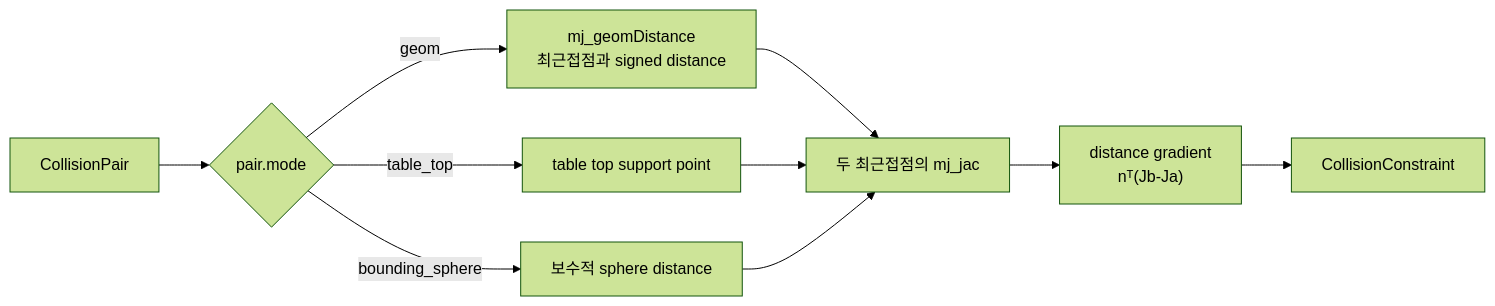
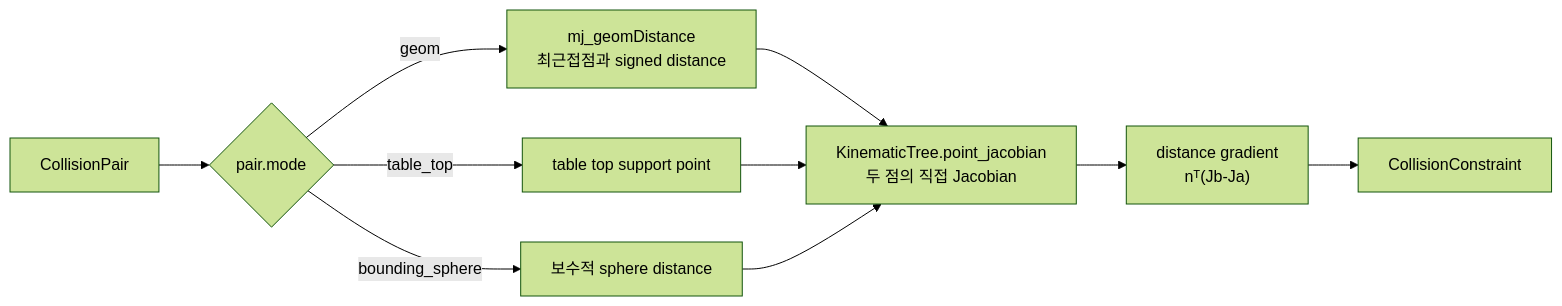
Before and after one commit to ggh-png/ffw-sh5-grasp: the second of 3 diagrams in docs/guide/kinematics.md, drawn with Mermaid (forest theme). The commit also changed other lines of this file and 40 other files, not shown here.

````diff
--- a/docs/guide/kinematics.md
+++ b/docs/guide/kinematics.md
@@ -63,12 +239,12 @@
 ```mermaid
 flowchart LR
     P["CollisionPair"] --> M{"pair.mode"}
     M -->|geom| G["mj_geomDistance<br>최근접점과 signed distance"]
     M -->|table_top| T["table top support point"]
     M -->|bounding_sphere| B["보수적 sphere distance"]
-    G --> J["두 최근접점의 mj_jac"]
+    G --> J["KinematicTree.point_jacobian<br>두 점의 직접 Jacobian"]
     T --> J
     B --> J
     J --> D["distance gradient<br>nᵀ(Jb-Ja)"]
     D --> C["CollisionConstraint"]
 ```
````
